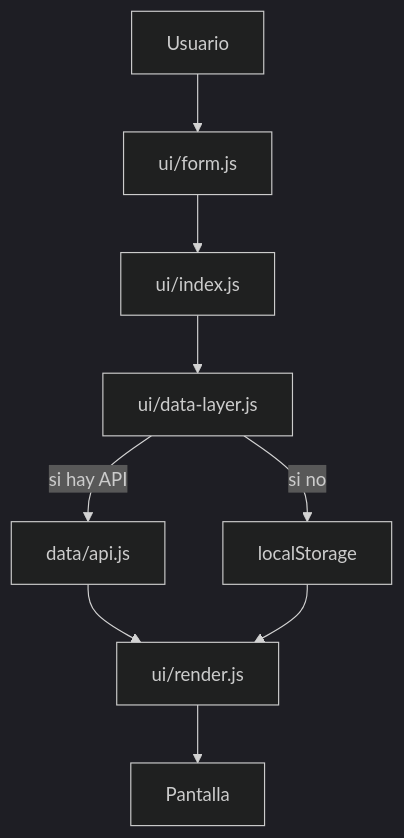
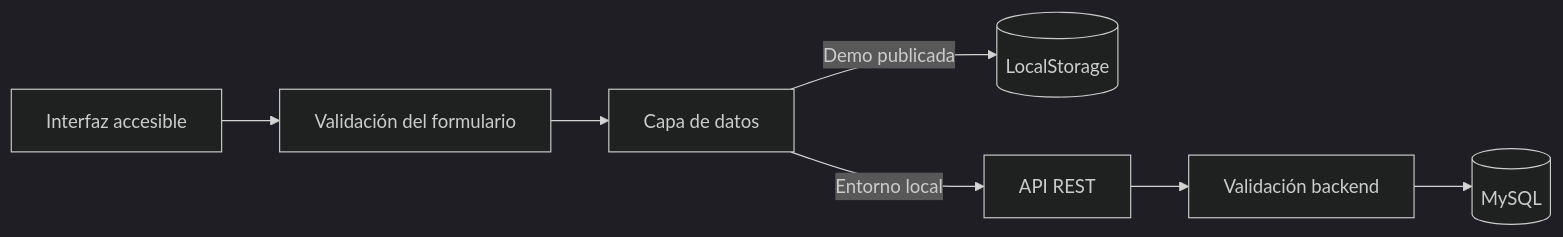
The diagram in README.md (Barbyland/mi-diario-de-carreras), drawn with Mermaid (dark theme) before and after one commit. The commit also changed other lines of this file and 29 other files, not shown here.

````diff
--- a/README.md
+++ b/README.md
@@ -78,11 +55,9 @@
 ```mermaid
-flowchart TD
-  U[Usuario] --> F[ui/form.js]
-  F --> I[ui/index.js]
-  I --> D[ui/data-layer.js]
-  D -->|si hay API| A[data/api.js]
-  D -->|si no| LS[localStorage]
-  A --> R[ui/render.js]
-  LS --> R
-  R --> UI[Pantalla]
+flowchart LR
+  UI[Interfaz accesible] --> FORM[Validación del formulario]
+  FORM --> DL[Capa de datos]
+  DL -->|Demo publicada| LS[(LocalStorage)]
+  DL -->|Entorno local| API[API REST]
+  API --> VALID[Validación backend]
+  VALID --> DB[(MySQL)]
 ```
````
